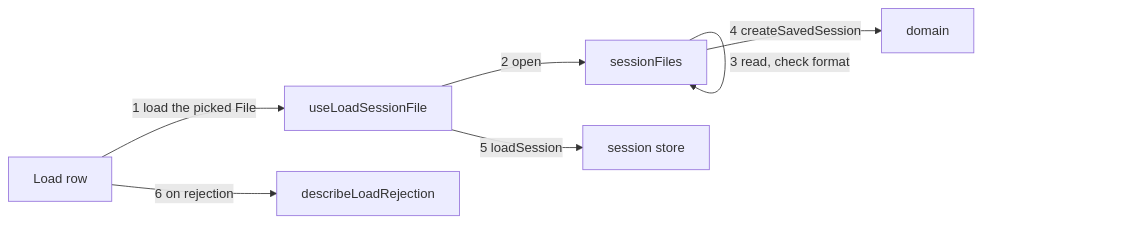
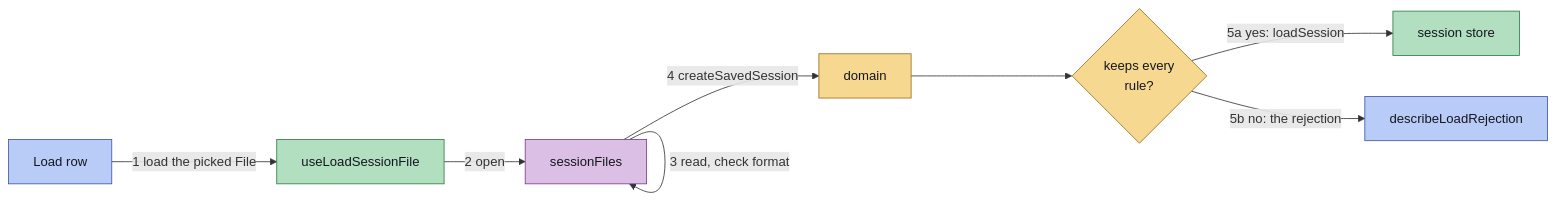
The third of 3 diagrams in docs/technical/concepts/session-persistence.md (cfisch3r/estimate), drawn with Mermaid before and after one commit. The commit also changed other lines of this file and 4 other files, not shown here.

````diff
--- a/docs/technical/concepts/session-persistence.md
+++ b/docs/technical/concepts/session-persistence.md
@@ -112,9 +131,18 @@
 ```mermaid
 flowchart LR
   Row["Load row"] -->|1 load the picked File| UC["useLoadSessionFile"]
   UC -->|2 open| Ad["sessionFiles"]
   Ad -->|3 read, check format| Ad
   Ad -->|4 createSavedSession| Dom["domain"]
-  UC -->|5 loadSession| St["session store"]
-  Row -->|6 on rejection| Desc["describeLoadRejection"]
+  Dom --> Ok{"keeps every<br/>rule?"}
+  Ok -->|5a yes: loadSession| St["session store"]
+  Ok -->|5b no: the rejection| Desc["describeLoadRejection"]
+  classDef ui fill:#b9ccf7,stroke:#3d56a6,color:#14171f
+  classDef app fill:#b2dfc0,stroke:#2f7a43,color:#14171f
+  classDef ad fill:#dcbfe5,stroke:#7a3d8c,color:#14171f
+  classDef dom fill:#f6d891,stroke:#9a6f1e,color:#14171f
+  class Row,Desc ui
+  class UC,St app
+  class Ad ad
+  class Dom,Ok dom
 ```
````
